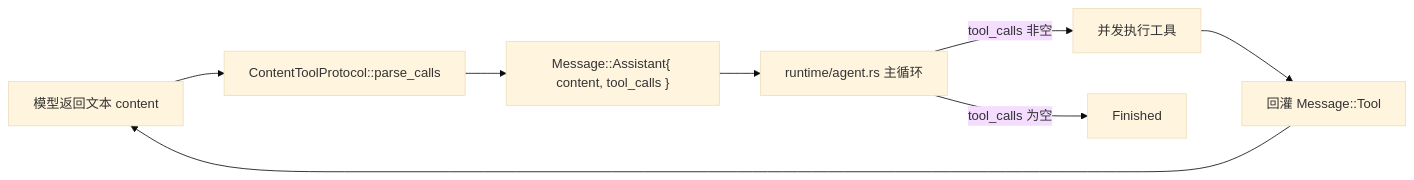
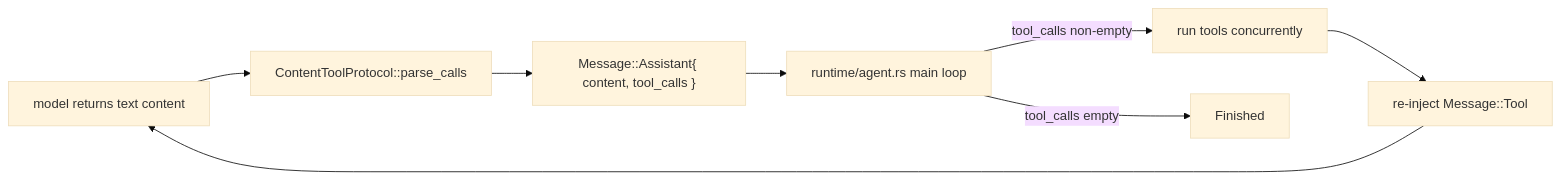
One commit to Seann0824/Shirley changed the diagram in docs/tool-calling.md. Above: the diagram before and after it, drawn with Mermaid (base theme). The commit also changed other lines of this file and 131 other files, not shown here.

````diff
--- a/docs/tool-calling.md
+++ b/docs/tool-calling.md
@@ -44,10 +51,10 @@
 ```mermaid
 flowchart LR
-  A["模型返回文本 content"] --> B["ContentToolProtocol::parse_calls"]
+  A["model returns text content"] --> B["ContentToolProtocol::parse_calls"]
   B --> C["Message::Assistant{ content, tool_calls }"]
-  C --> D["runtime/agent.rs 主循环"]
-  D -->|tool_calls 非空| E["并发执行工具"]
-  E --> F["回灌 Message::Tool"]
+  C --> D["runtime/agent.rs main loop"]
+  D -->|tool_calls non-empty| E["run tools concurrently"]
+  E --> F["re-inject Message::Tool"]
   F --> A
-  D -->|tool_calls 为空| G["Finished"]
+  D -->|tool_calls empty| G["Finished"]
 ```
````
